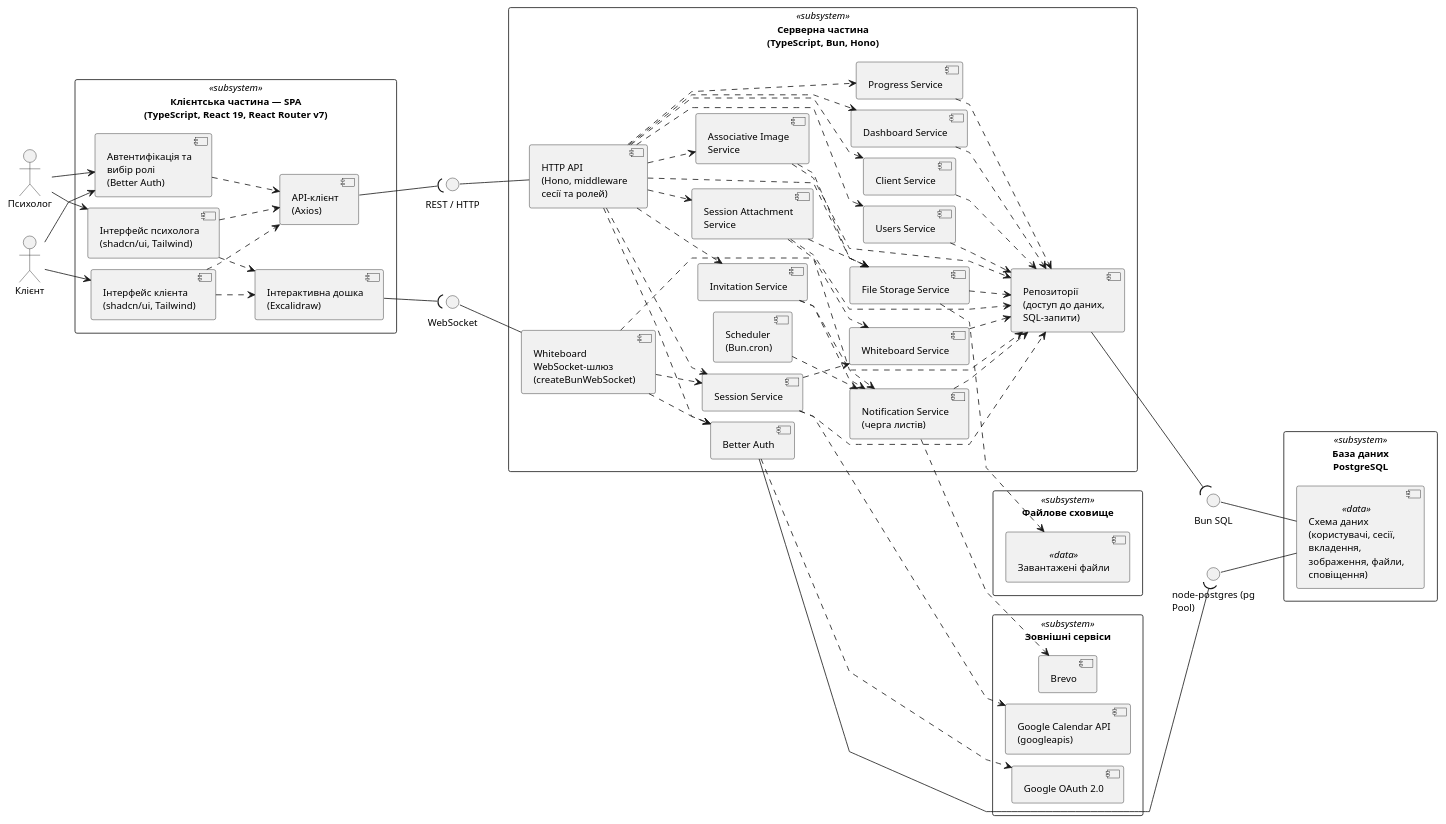
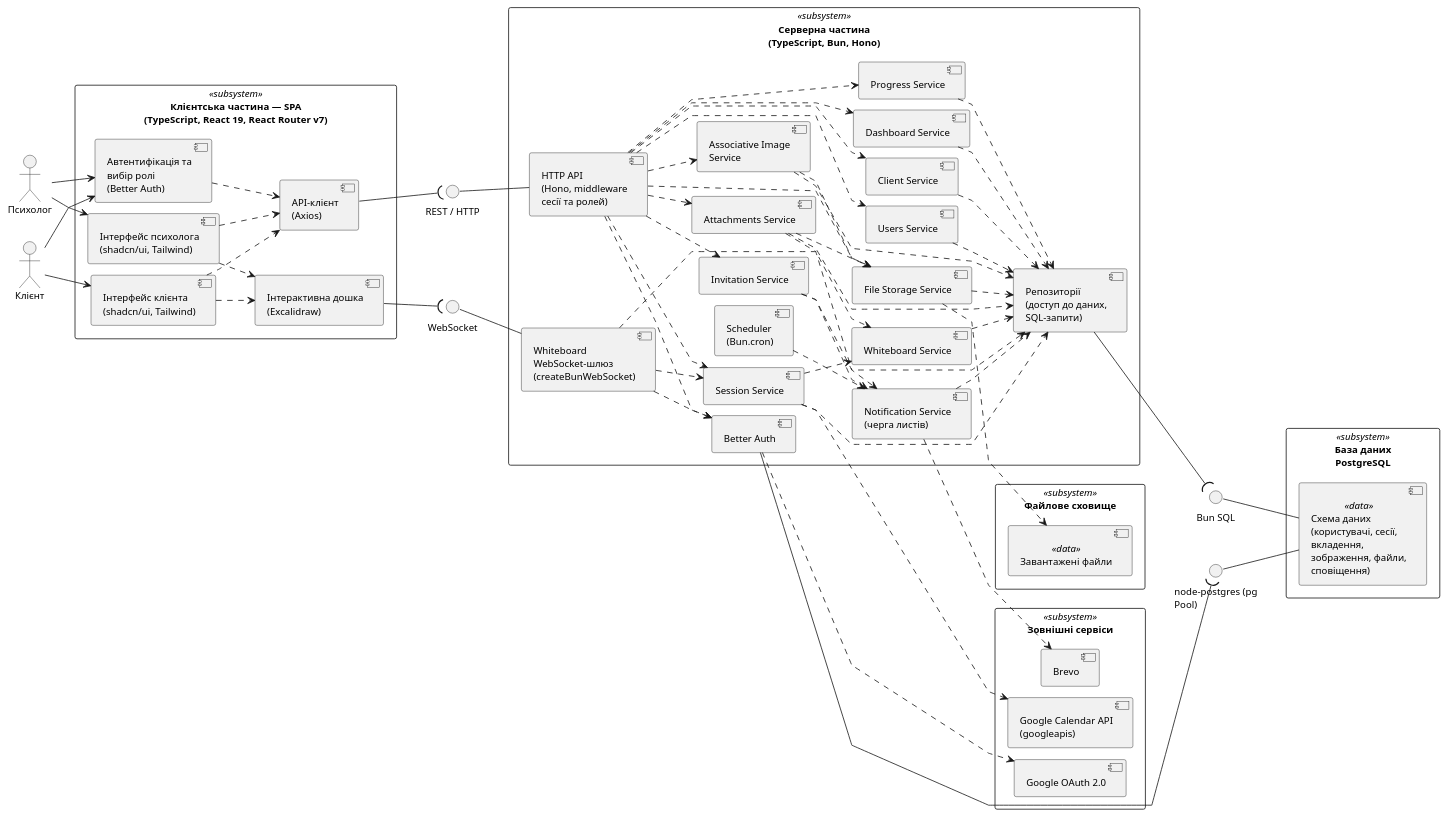
The diagram in docs/diagrams/structural-scheme-psm.puml (ArtemSmotritel/psycho), drawn with PlantUML before and after one commit. The commit also changed 107 other files, not shown here.

```diff
--- a/docs/diagrams/structural-scheme-psm.puml
+++ b/docs/diagrams/structural-scheme-psm.puml
@@ -1,138 +1,138 @@
 @startuml
 ' Підрозділ 3.2 — Структурна схема реалізації (PSM). Уточнює діаграму компонентів
 ' (додаток Г) технологіями реалізації з підрозділу 3.1.
 
 skinparam defaultFontName Arial
 skinparam shadowing false
 skinparam componentStyle uml2
 skinparam packageStyle rectangle
 skinparam wrapWidth 130
 left to right direction
 skinparam linetype polyline
 skinparam defaultFontSize 12
 skinparam nodesep 14
 skinparam ranksep 45
 
 actor "Психолог" as psycho
 actor "Клієнт" as clientActor
 
 package "Клієнтська частина — SPA\n(TypeScript, React 19, React Router v7)" <<subsystem>> {
     component "Автентифікація та вибір ролі\n(Better Auth)" as cAuth
     component "Інтерфейс психолога\n(shadcn/ui, Tailwind)" as cPsyUI
     component "Інтерфейс клієнта\n(shadcn/ui, Tailwind)" as cCliUI
     component "Інтерактивна дошка\n(Excalidraw)" as cBoard
     component "API-клієнт\n(Axios)" as cApi
 }
 
 package "Серверна частина\n(TypeScript, Bun, Hono)" <<subsystem>> {
     component "HTTP API\n(Hono, middleware сесії та ролей)" as sHttp
     component "Whiteboard WebSocket-шлюз\n(createBunWebSocket)" as sGateway
     component "Scheduler\n(Bun.cron)" as sCron
     component "Notification Service\n(черга листів)" as sNotif
     component "Better Auth" as sAuth
 
     component "Users Service" as sUsers
     component "Client Service" as sClients
     component "Invitation Service" as sInvites
     component "Session Service" as sSessions
     component "Whiteboard Service" as sWhiteboard
-    component "Session Attachment Service" as sAttach
+    component "Attachments Service" as sAttach
     component "File Storage Service" as sFiles
     component "Associative Image Service" as sImages
     component "Dashboard Service" as sDash
     component "Progress Service" as sProgress
 
     component "Репозиторії\n(доступ до даних, SQL-запити)" as sRepo
 }
 
 package "База даних\nPostgreSQL" <<subsystem>> {
     component "Схема даних\n(користувачі, сесії, вкладення,\nзображення, файли, сповіщення)" <<data>> as dSchema
 }
 
 package "Файлове сховище" <<subsystem>> {
     component "Завантажені файли" <<data>> as fFiles
 }
 
 package "Зовнішні сервіси" <<subsystem>> {
     component "Google OAuth 2.0" as extOAuth
     component "Google Calendar API\n(googleapis)" as extCalendar
     component "Brevo" as extMail
 }
 
 ' ---- Канали клієнт–сервер ----
 interface "REST / HTTP" as iRest
 interface "WebSocket" as iWs
 cApi --( iRest
 iRest -- sHttp
 cBoard --( iWs
 iWs -- sGateway
 
 ' ---- Актори ----
 psycho --> cAuth
 psycho --> cPsyUI
 clientActor --> cAuth
 clientActor --> cCliUI
 
 ' ---- Клієнтська частина ----
 cPsyUI ..> cBoard
 cCliUI ..> cBoard
 cAuth ..> cApi
 cPsyUI ..> cApi
 cCliUI ..> cApi
 
 ' ---- Маршрутизація до сервісів ----
 sHttp ..> sAuth
 sHttp ..> sUsers
 sHttp ..> sClients
 sHttp ..> sInvites
 sHttp ..> sSessions
 sHttp ..> sAttach
 sHttp ..> sFiles
 sHttp ..> sImages
 sHttp ..> sDash
 sHttp ..> sProgress
 sGateway ..> sAuth
 sGateway ..> sSessions
 sGateway ..> sWhiteboard
 
 sAttach ..> sFiles
 sImages ..> sFiles
 sSessions .[norank].> sWhiteboard
 
 sCron ..> sNotif
 sInvites ..> sNotif
 sAttach ..> sNotif
 
 ' ---- Доступ до даних ----
 ' Усі сервіси звертаються до даних через шар репозиторіїв (SQL-запити),
 ' а не безпосередньо до драйвера БД.
 sUsers ..> sRepo
 sClients ..> sRepo
 sInvites ..> sRepo
 sSessions ..> sRepo
 sWhiteboard ..> sRepo
 sAttach ..> sRepo
 sFiles ..> sRepo
 sImages ..> sRepo
 sDash ..> sRepo
 sProgress ..> sRepo
 sNotif ..> sRepo
 
 interface "Bun SQL" as iBunSql
 iBunSql -- dSchema
 sRepo --( iBunSql
 
 ' Better Auth веде власний доступ до тієї ж БД через окремий драйвер
 interface "node-postgres (pg Pool)" as iPg
 iPg -- dSchema
 sAuth --( iPg
 
 ' ---- Файлове сховище ----
 sFiles ..> fFiles
 
 ' ---- Зовнішні сервіси ----
 sAuth ..> extOAuth
 sSessions ..> extCalendar
 sNotif ..> extMail
 
 @enduml
```
